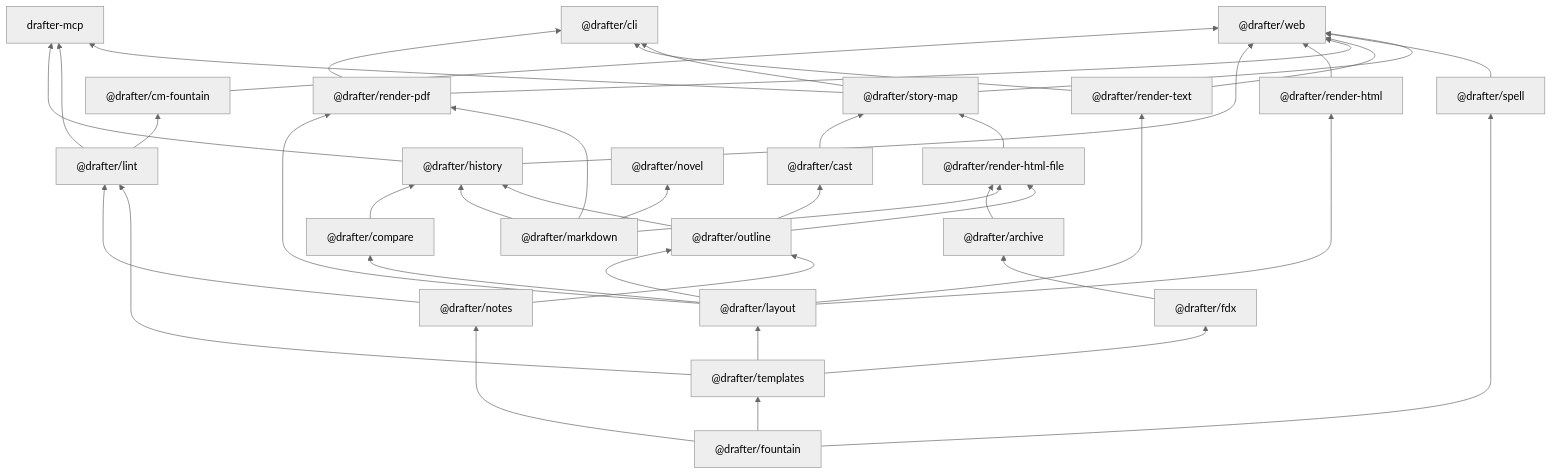
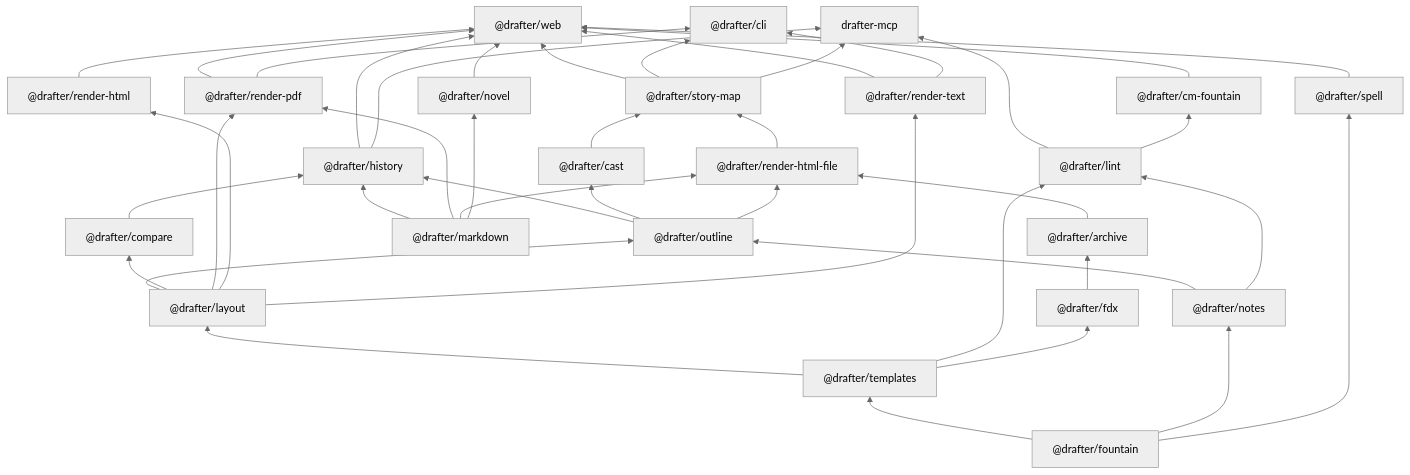
Before and after one commit to cschweda/drafter: the first of 5 diagrams in docs/technical-details.md, drawn with Mermaid (neutral theme). The commit also changed 22 other files, not shown here.

Commit message:
feat(web): the Outline for a novel

````diff
--- a/docs/technical-details.md
+++ b/docs/technical-details.md
@@ -38,65 +38,66 @@
 ```mermaid
 flowchart BT
   web["@drafter/web"]
   cli["@drafter/cli"]
   drafter_mcp["drafter-mcp"]
   cm_fountain["@drafter/cm-fountain"]
   outline["@drafter/outline"]
   compare["@drafter/compare"]
   history["@drafter/history"]
   cast["@drafter/cast"]
   story_map["@drafter/story-map"]
   render_pdf["@drafter/render-pdf"]
   render_html["@drafter/render-html"]
   render_html_file["@drafter/render-html-file"]
   render_text["@drafter/render-text"]
   layout["@drafter/layout"]
   lint["@drafter/lint"]
   fdx["@drafter/fdx"]
   archive["@drafter/archive"]
   templates["@drafter/templates"]
   notes["@drafter/notes"]
   spell["@drafter/spell"]
   markdown["@drafter/markdown"]
   novel["@drafter/novel"]
   fountain["@drafter/fountain"]
   cm_fountain --> web
   history --> web
+  novel --> web
   render_html --> web
   render_pdf --> web
   render_text --> web
   spell --> web
   story_map --> web
   render_pdf --> cli
   render_text --> cli
   story_map --> cli
   history --> drafter_mcp
   lint --> drafter_mcp
   story_map --> drafter_mcp
   lint --> cm_fountain
   layout --> outline
   notes --> outline
   layout --> compare
   compare --> history
   markdown --> history
   outline --> history
   outline --> cast
   cast --> story_map
   render_html_file --> story_map
   layout --> render_pdf
   markdown --> render_pdf
   layout --> render_html
   archive --> render_html_file
   markdown --> render_html_file
   outline --> render_html_file
   layout --> render_text
   templates --> layout
   notes --> lint
   templates --> lint
   templates --> fdx
   fdx --> archive
   fountain --> templates
   fountain --> notes
   fountain --> spell
   markdown --> novel
 ```
````
